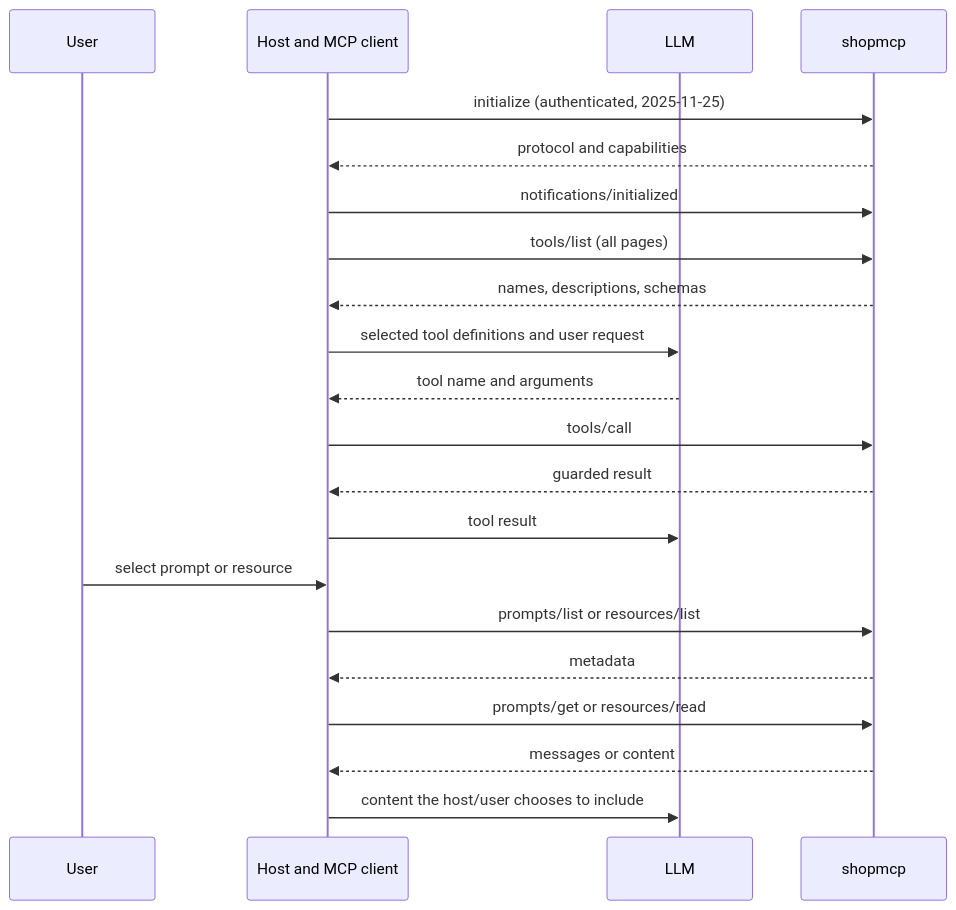
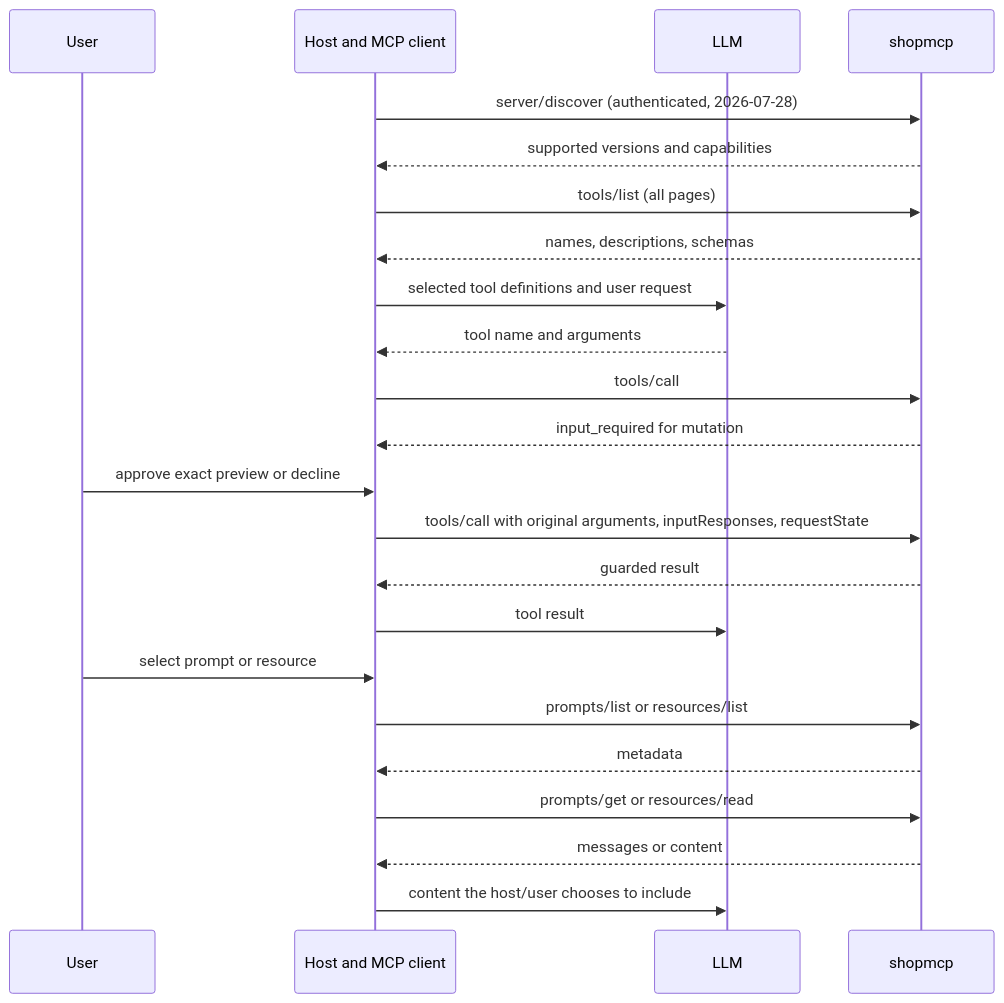
Before and after one commit to Giang-Dang/python-mcp-server: the diagram in docs/mcp-discovery.md, drawn with Mermaid. The commit also changed other lines of this file and 4 other files, not shown here.

````diff
--- a/docs/mcp-discovery.md
+++ b/docs/mcp-discovery.md
@@ -22,23 +22,25 @@
 ```mermaid
 sequenceDiagram
     participant User
     participant Host as Host and MCP client
     participant Model as LLM
     participant Server as shopmcp
-    Host->>Server: initialize (authenticated, 2025-11-25)
-    Server-->>Host: protocol and capabilities
-    Host->>Server: notifications/initialized
+    Host->>Server: server/discover (authenticated, 2026-07-28)
+    Server-->>Host: supported versions and capabilities
     Host->>Server: tools/list (all pages)
     Server-->>Host: names, descriptions, schemas
     Host->>Model: selected tool definitions and user request
     Model-->>Host: tool name and arguments
     Host->>Server: tools/call
+    Server-->>Host: input_required for mutation
+    User->>Host: approve exact preview or decline
+    Host->>Server: tools/call with original arguments, inputResponses, requestState
     Server-->>Host: guarded result
     Host->>Model: tool result
     User->>Host: select prompt or resource
     Host->>Server: prompts/list or resources/list
     Server-->>Host: metadata
     Host->>Server: prompts/get or resources/read
     Server-->>Host: messages or content
     Host->>Model: content the host/user chooses to include
 ```
````
